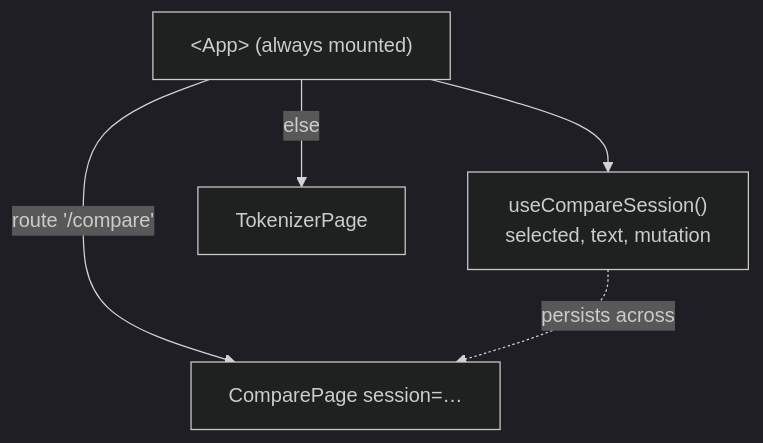
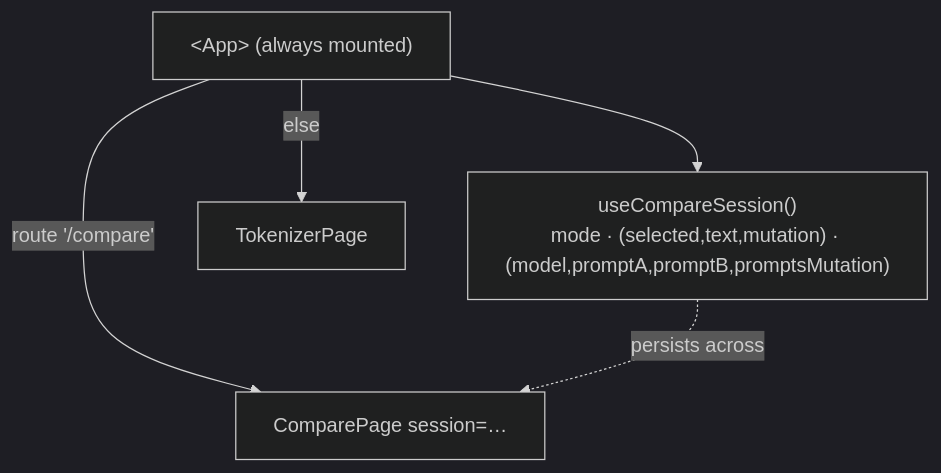
The first of 4 diagrams in docs/08-state-and-data-flow.md (akgaur12/PromptTokenizerUI), drawn with Mermaid (dark theme) before and after one commit. The commit also changed other lines of this file and 13 other files, not shown here.

````diff
--- a/docs/08-state-and-data-flow.md
+++ b/docs/08-state-and-data-flow.md
@@ -91,9 +108,9 @@
 ```mermaid
 graph TD
     App["&lt;App&gt; (always mounted)"]
-    Session["useCompareSession()<br/>selected, text, mutation"]
+    Session["useCompareSession()<br/>mode · (selected,text,mutation) · (model,promptA,promptB,promptsMutation)"]
     App --> Session
     App -->|route '/compare'| CP[ComparePage session=…]
     App -->|else| TP[TokenizerPage]
     Session -.persists across.-> CP
 ```
````
